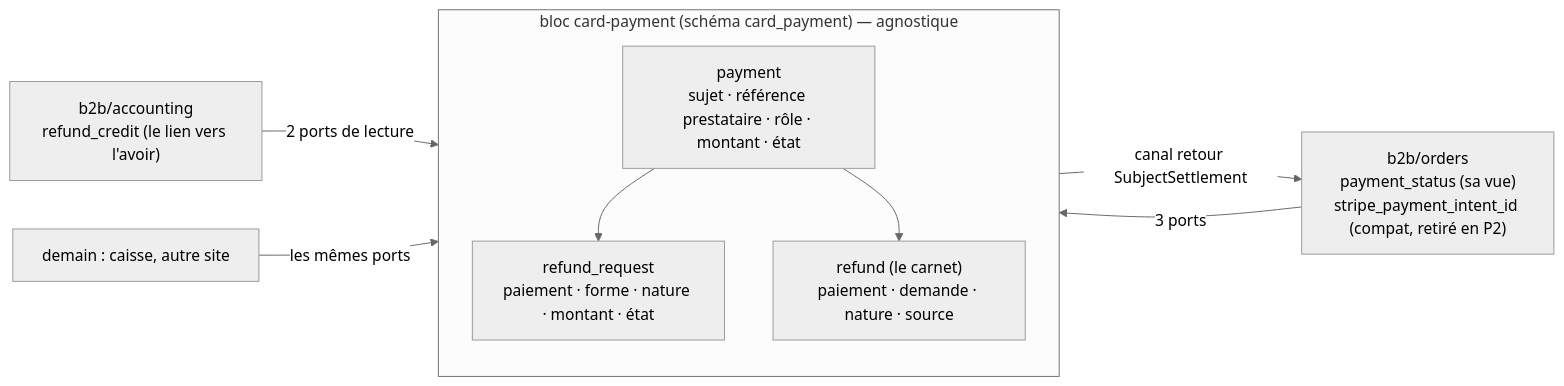
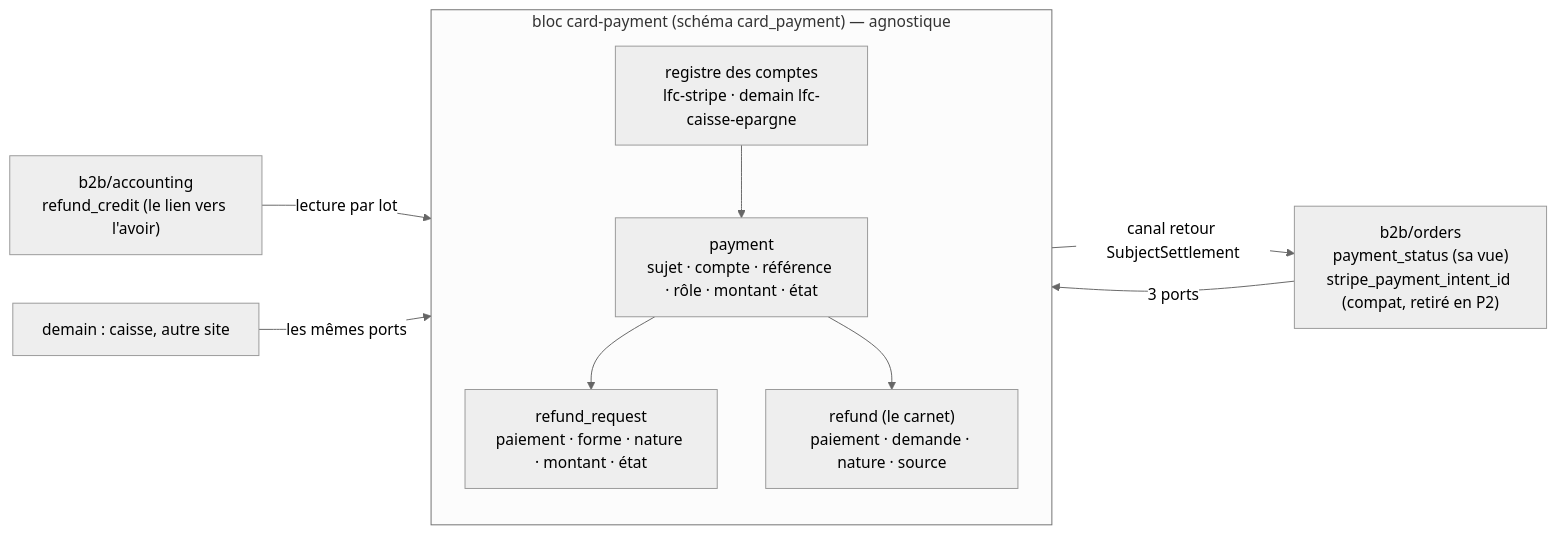
One commit to hugoheynard/lfd changed the first of 4 diagrams in documentation/commandes/modification/plan-m2-historique-de-transactions.md. Above: the diagram before and after it, drawn with Mermaid (neutral theme). The commit also changed other lines of this file, not shown here.

First line of the commit message:
docs(commandes): M2, version 5 — le registre de comptes, prepare/attach, claim, reprises jusqu'à P2

````diff
--- a/documentation/commandes/modification/plan-m2-historique-de-transactions.md
+++ b/documentation/commandes/modification/plan-m2-historique-de-transactions.md
@@ -41,14 +43,16 @@
 ```mermaid
 flowchart LR
   subgraph CP["bloc card-payment (schéma card_payment) — agnostique"]
-    P["payment<br/>sujet · référence prestataire · rôle · montant · état"]
+    AC["registre des comptes<br/>lfc-stripe · demain lfc-caisse-epargne"]
+    P["payment<br/>sujet · compte · référence · rôle · montant · état"]
     R["refund_request<br/>paiement · forme · nature · montant · état"]
     L["refund (le carnet)<br/>paiement · demande · nature · source"]
+    AC --> P
     P --> R
     P --> L
   end
   O["b2b/orders<br/>payment_status (sa vue)<br/>stripe_payment_intent_id (compat, retiré en P2)"] -- "3 ports" --> CP
   CP -- "canal retour SubjectSettlement" --> O
-  A["b2b/accounting<br/>refund_credit (le lien vers l'avoir)"] -- "2 ports de lecture" --> CP
+  A["b2b/accounting<br/>refund_credit (le lien vers l'avoir)"] -- "lecture par lot" --> CP
   X["demain : caisse, autre site"] -- "les mêmes ports" --> CP
 ```
````
